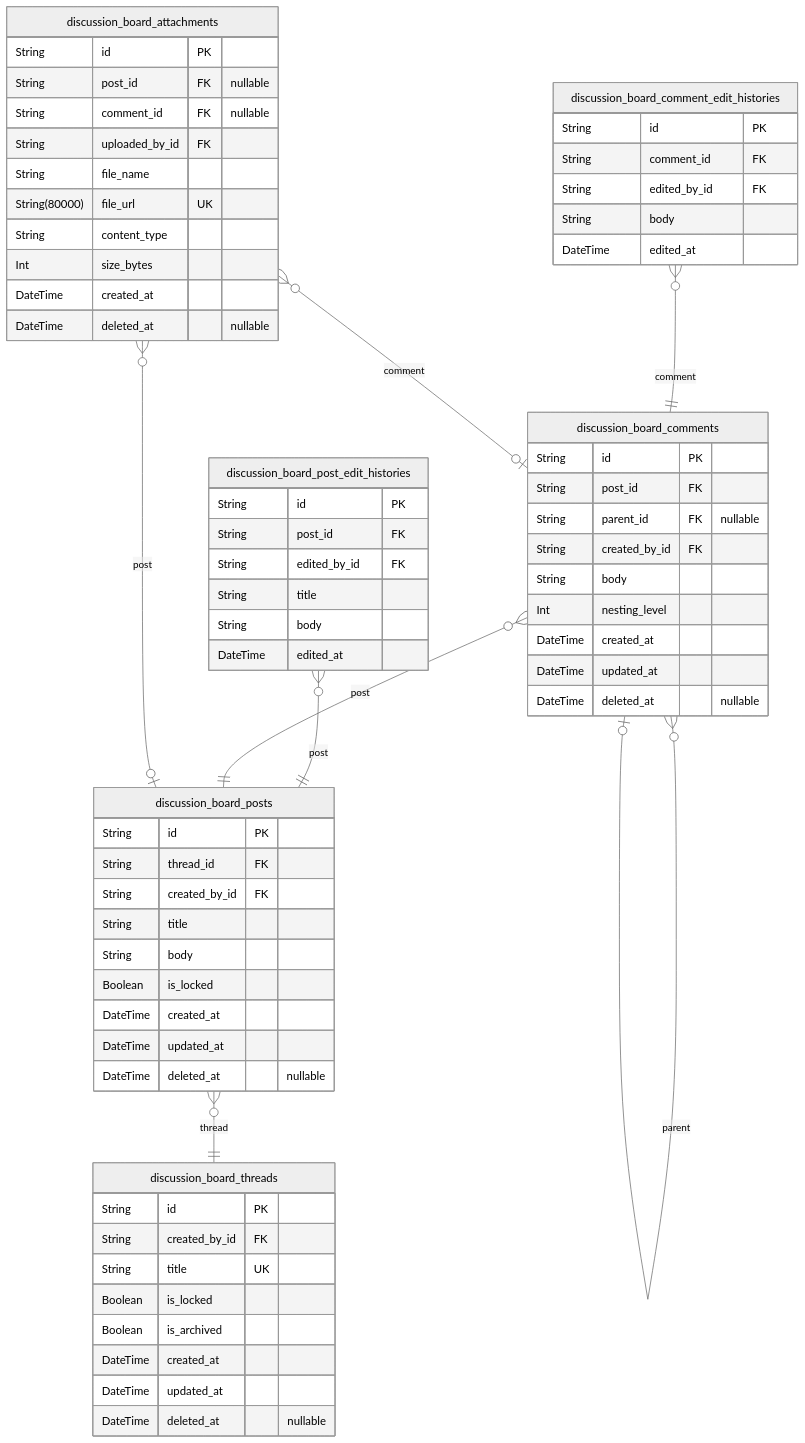
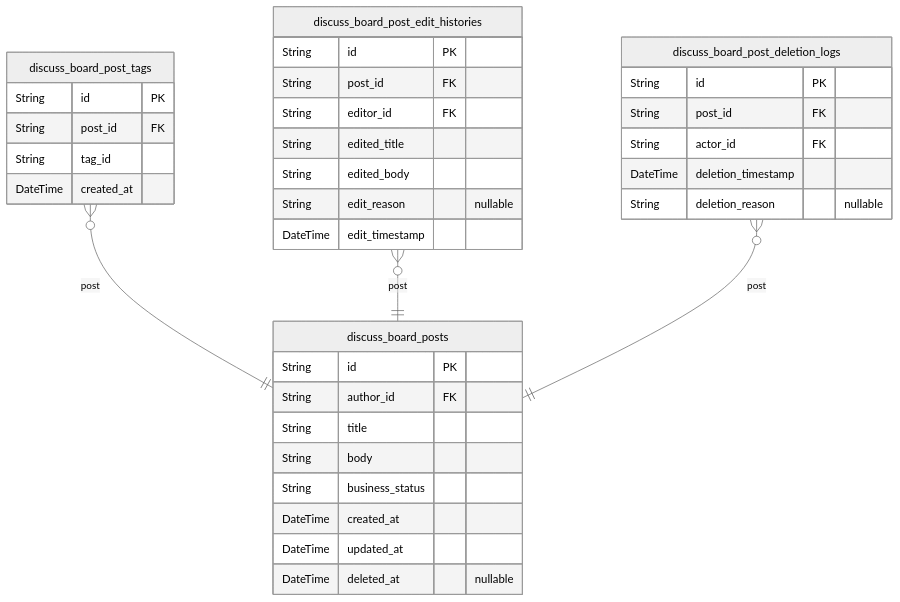
The third of 8 diagrams in docs/ERD.md (wrtnlabs/autobe-example-bbs-openai-gpt-4.1), drawn with Mermaid (neutral theme) before and after one commit. The commit also changed other lines of this file and 1202 other files, not shown here.

````diff
--- a/docs/ERD.md
+++ b/docs/ERD.md
@@ -346,69 +420,38 @@
 ```mermaid
 erDiagram
-"discussion_board_threads" {
+"discuss_board_posts" {
   String id PK
-  String created_by_id FK
-  String title UK
-  Boolean is_locked
-  Boolean is_archived
+  String author_id FK
+  String title
+  String body
+  String business_status
   DateTime created_at
   DateTime updated_at
   DateTime deleted_at "nullable"
 }
-"discussion_board_posts" {
-  String id PK
-  String thread_id FK
-  String created_by_id FK
-  String title
-  String body
-  Boolean is_locked
-  DateTime created_at
-  DateTime updated_at
-  DateTime deleted_at "nullable"
-}
-"discussion_board_post_edit_histories" {
+"discuss_board_post_tags" {
   String id PK
   String post_id FK
-  String edited_by_id FK
-  String title
-  String body
-  DateTime edited_at
+  String tag_id
+  DateTime created_at
 }
-"discussion_board_comments" {
+"discuss_board_post_edit_histories" {
   String id PK
   String post_id FK
-  String parent_id FK "nullable"
-  String created_by_id FK
-  String body
-  Int nesting_level
-  DateTime created_at
-  DateTime updated_at
-  DateTime deleted_at "nullable"
+  String editor_id FK
+  String edited_title
+  String edited_body
+  String edit_reason "nullable"
+  DateTime edit_timestamp
 }
-"discussion_board_comment_edit_histories" {
+"discuss_board_post_deletion_logs" {
   String id PK
-  String comment_id FK
-  String edited_by_id FK
-  String body
-  DateTime edited_at
+  String post_id FK
+  String actor_id FK
+  DateTime deletion_timestamp
+  String deletion_reason "nullable"
 }
-"discussion_board_attachments" {
-  String id PK
-  String post_id FK "nullable"
-  String comment_id FK "nullable"
-  String uploaded_by_id FK
-  String file_name
-  String(80000) file_url UK
-  String content_type
-  Int size_bytes
-  DateTime created_at
-  DateTime deleted_at "nullable"
-}
-"discussion_board_posts" }o--|| "discussion_board_threads" : thread
-"discussion_board_post_edit_histories" }o--|| "discussion_board_posts" : post
-"discussion_board_comments" }o--|| "discussion_board_posts" : post
-"discussion_board_comments" }o--o| "discussion_board_comments" : parent
-"discussion_board_comment_edit_histories" }o--|| "discussion_board_comments" : comment
-"discussion_board_attachments" }o--o| "discussion_board_posts" : post
-"discussion_board_attachments" }o--o| "discussion_board_comments" : comment
+"discuss_board_post_tags" }o--|| "discuss_board_posts" : post
+"discuss_board_post_edit_histories" }o--|| "discuss_board_posts" : post
+"discuss_board_post_deletion_logs" }o--|| "discuss_board_posts" : post
 ```
````
